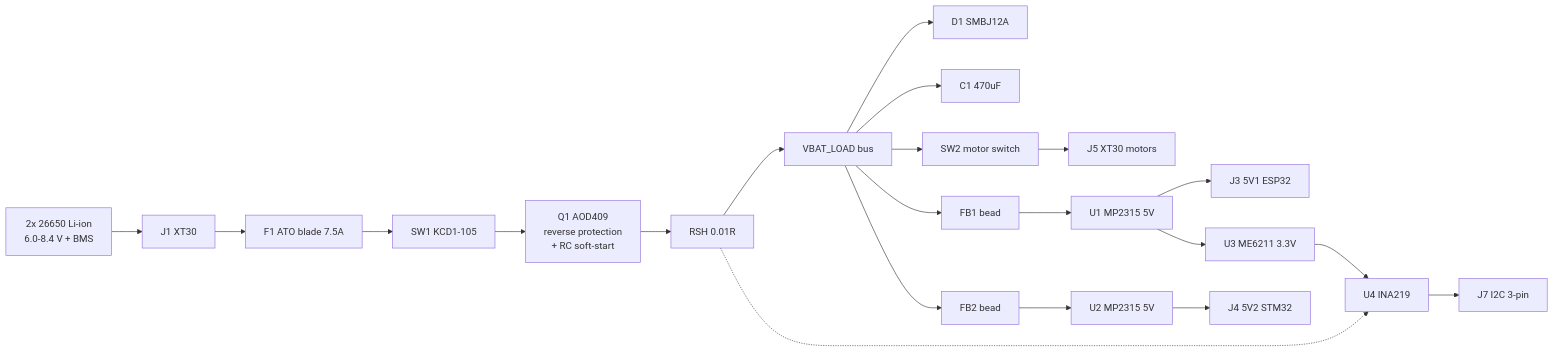
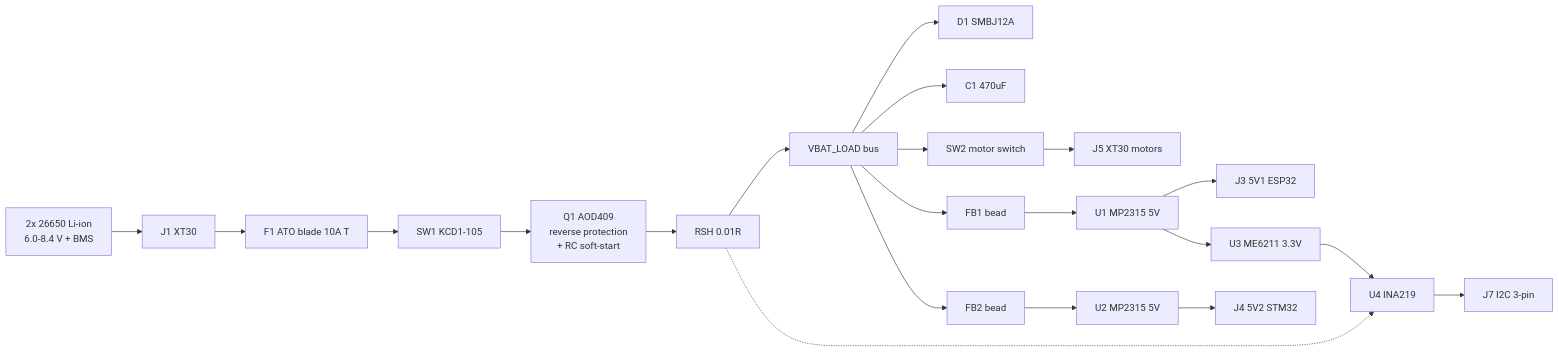
Before and after one commit to typedefai/car-buddy: the diagram in hardware/power-board/schematic.md, drawn with Mermaid. The commit also changed other lines of this file and 3 other files, not shown here.

````diff
--- a/hardware/power-board/schematic.md
+++ b/hardware/power-board/schematic.md
@@ -9,17 +9,17 @@
 ```mermaid
 flowchart LR
   BAT["2x 26650 Li-ion<br/>6.0-8.4 V + BMS"] --> J1["J1 XT30"]
-  J1 --> F1["F1 ATO blade 7.5A"]
+  J1 --> F1["F1 ATO blade 10A T"]
   F1 --> SW1["SW1 KCD1-105"]
   SW1 --> Q1["Q1 AOD409<br/>reverse protection<br/>+ RC soft-start"]
   Q1 --> RSH["RSH 0.01R"]
   RSH --> VBAT["VBAT_LOAD bus"]
   VBAT --> D1["D1 SMBJ12A"]
   VBAT --> C1["C1 470uF"]
   VBAT --> SW2["SW2 motor switch"]
   SW2 --> J5["J5 XT30 motors"]
   VBAT --> FB1["FB1 bead"] --> U1["U1 MP2315 5V"] --> J3["J3 5V1 ESP32"]
   VBAT --> FB2["FB2 bead"] --> U2["U2 MP2315 5V"] --> J4["J4 5V2 STM32"]
   RSH -.-> U4["U4 INA219"] --> J7["J7 I2C 3-pin"]
   U1 --> U3["U3 ME6211 3.3V"] --> U4
 ```
````
